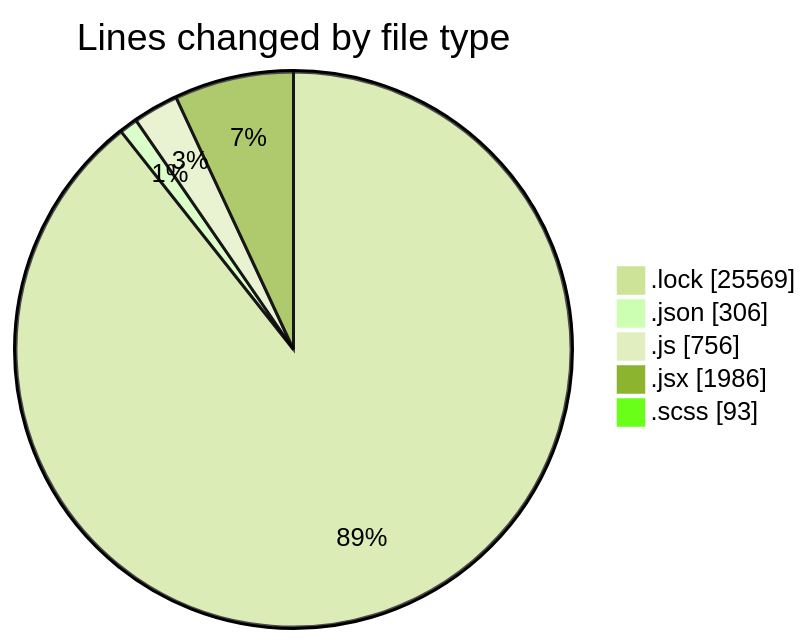
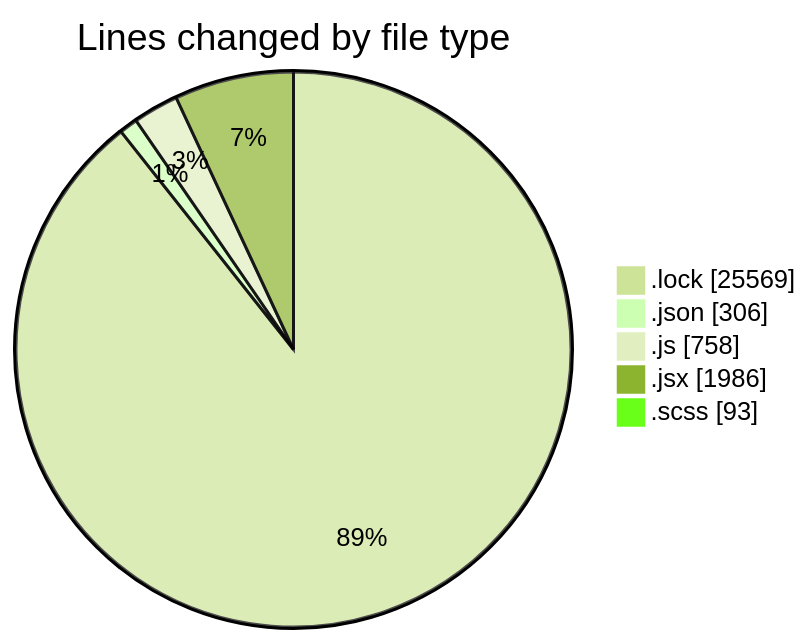
Before and after one commit to momahboobian/code-tracking: the first of 2 diagrams in 2026-01-07/cda/README.md, drawn with Mermaid (forest theme). The commit also changed other lines of this file and 1 other file, not shown here.

````diff
--- a/2026-01-07/cda/README.md
+++ b/2026-01-07/cda/README.md
@@ -40,9 +40,9 @@
 ```mermaid
 pie showData
 title Lines changed by file type
 ".lock" : 25569
 ".json" : 306
-".js" : 756
+".js" : 758
 ".jsx" : 1986
 ".scss" : 93
 ```
````
